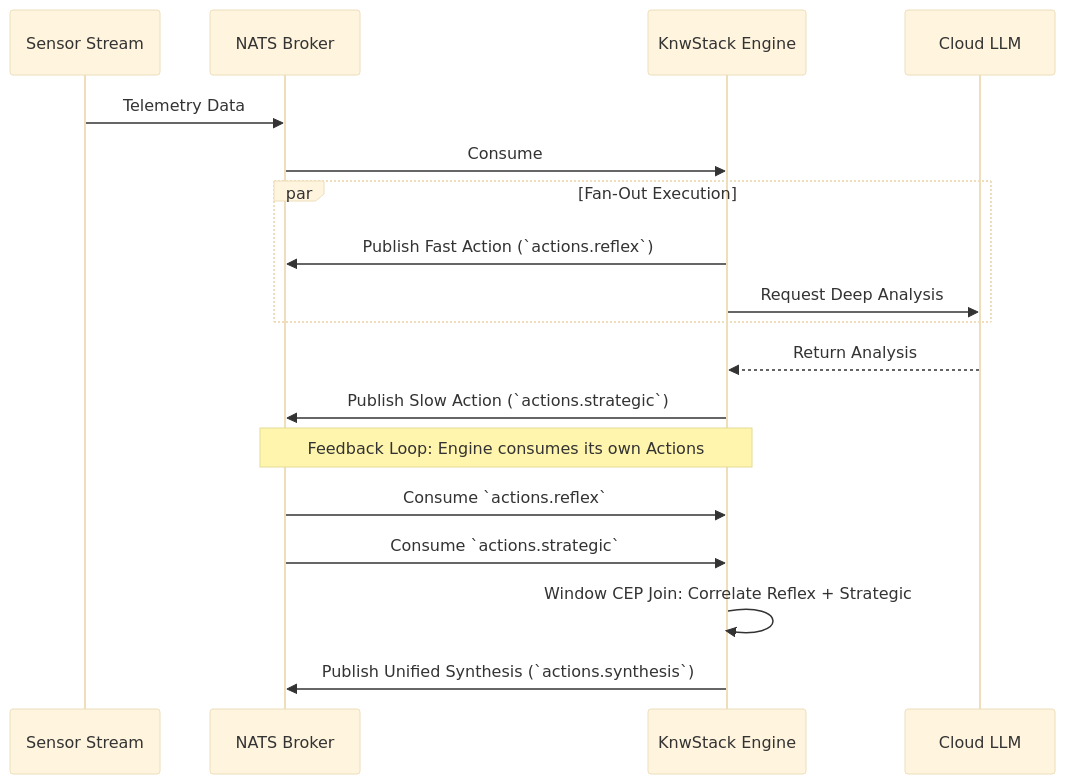
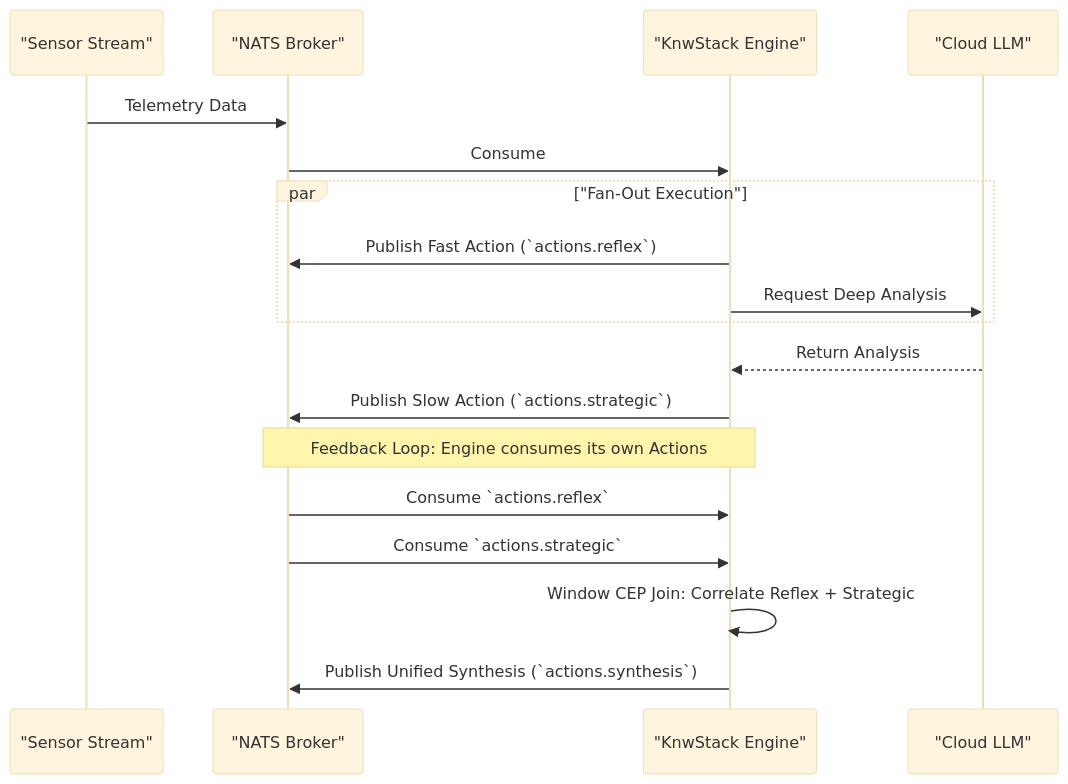
Before and after one commit to balamuru/knwstack: the fourth of 4 diagrams in docs/architecture.md, drawn with Mermaid (base theme). The commit also changed other lines of this file and 3 other files, not shown here.

Commit message:
chore: standardize architecture mermaid diagrams and add NATS infrastructure setup docs with new documentation skill agents

````diff
--- a/docs/architecture.md
+++ b/docs/architecture.md
@@ -119,25 +119,25 @@
 ```mermaid
 sequenceDiagram
-    participant S as Sensor Stream
-    participant N as NATS Broker
-    participant E as KnwStack Engine
-    participant LLM as Cloud LLM
+    participant S as "Sensor Stream"
+    participant N as "NATS Broker"
+    participant E as "KnwStack Engine"
+    participant LLM as "Cloud LLM"
     
     S->>N: Telemetry Data
     N->>E: Consume
     
-    par Fan-Out Execution
+    par "Fan-Out Execution"
         E->>N: Publish Fast Action (`actions.reflex`)
         E->>LLM: Request Deep Analysis
     end
     
     LLM-->>E: Return Analysis
     E->>N: Publish Slow Action (`actions.strategic`)
     
     Note over N,E: Feedback Loop: Engine consumes its own Actions
     
     N->>E: Consume `actions.reflex`
     N->>E: Consume `actions.strategic`
     E->>E: Window CEP Join: Correlate Reflex + Strategic
     E->>N: Publish Unified Synthesis (`actions.synthesis`)
 ```
````
